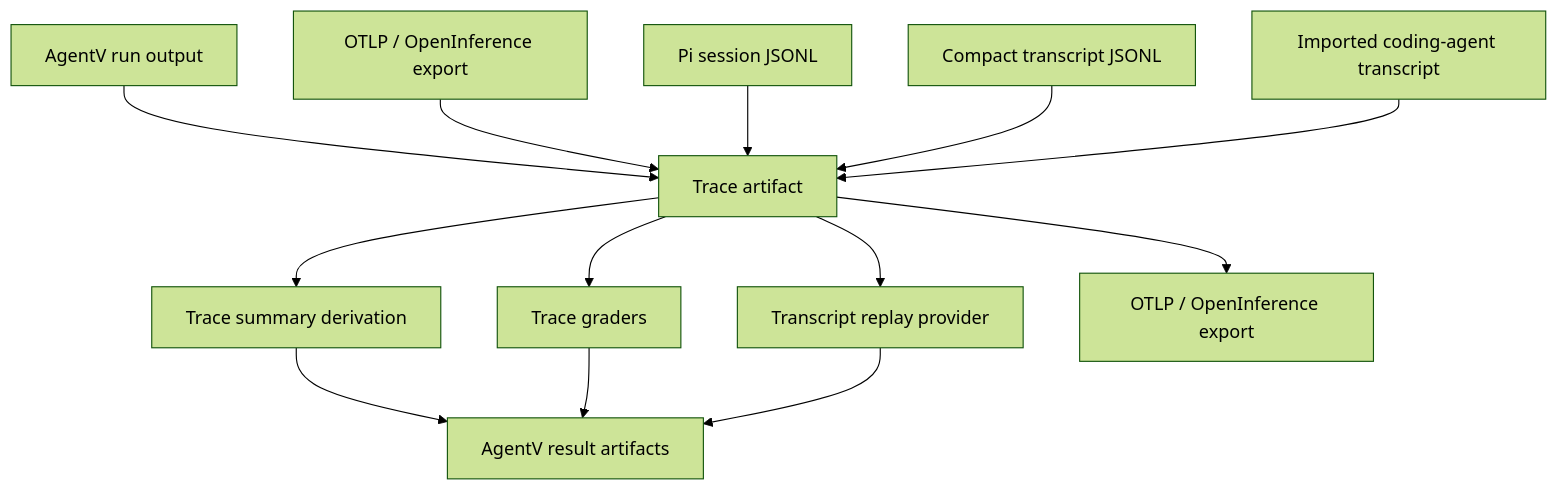
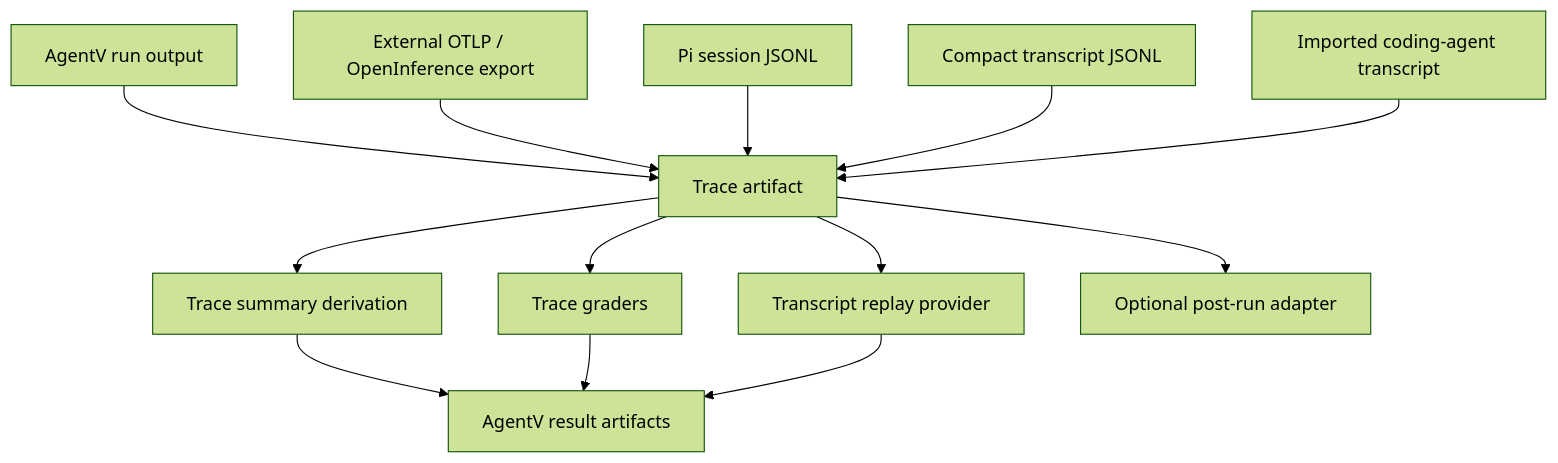
Before and after one commit to EntityProcess/agentv: the diagram in docs/plans/trace-evaluation-architecture.md, drawn with Mermaid (forest theme). The commit also changed other lines of this file and 46 other files, not shown here.

Commit message:
refactor(observability): remove eval OTLP export

````diff
--- a/docs/plans/trace-evaluation-architecture.md
+++ b/docs/plans/trace-evaluation-architecture.md
@@ -108,17 +114,17 @@
 ```mermaid
 flowchart TB
   A[AgentV run output] --> N[Trace artifact]
-  B[OTLP / OpenInference export] --> N
+  B[External OTLP / OpenInference export] --> N
   D[Pi session JSONL] --> N
   E[Compact transcript JSONL] --> N
   F[Imported coding-agent transcript] --> N
 
   N --> S[Trace summary derivation]
   N --> G[Trace graders]
   N --> Q[Transcript replay provider]
-  N --> O[OTLP / OpenInference export]
+  N --> O[Optional post-run adapter]
 
   S --> R[AgentV result artifacts]
   G --> R
   Q --> R
 ```
````
